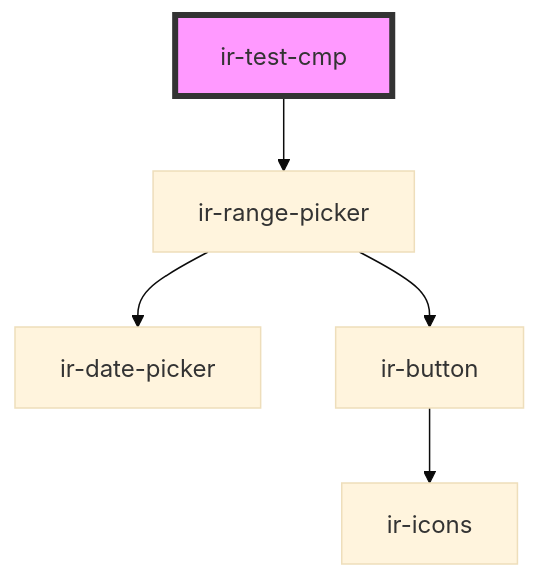
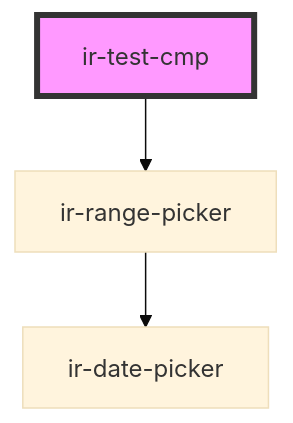
The diagram in src/components/ir-test-cmp/readme.md (David1Chowaifaty/modified-ir-webcmp), drawn with Mermaid (base theme) before and after one commit. The commit also changed 8 other files, not shown here.

````diff
--- a/src/components/ir-test-cmp/readme.md
+++ b/src/components/ir-test-cmp/readme.md
@@ -15,8 +15,6 @@
 ```mermaid
 graph TD;
   ir-test-cmp --> ir-range-picker
   ir-range-picker --> ir-date-picker
-  ir-range-picker --> ir-button
-  ir-button --> ir-icons
   style ir-test-cmp fill:#f9f,stroke:#333,stroke-width:4px
 ```
````
